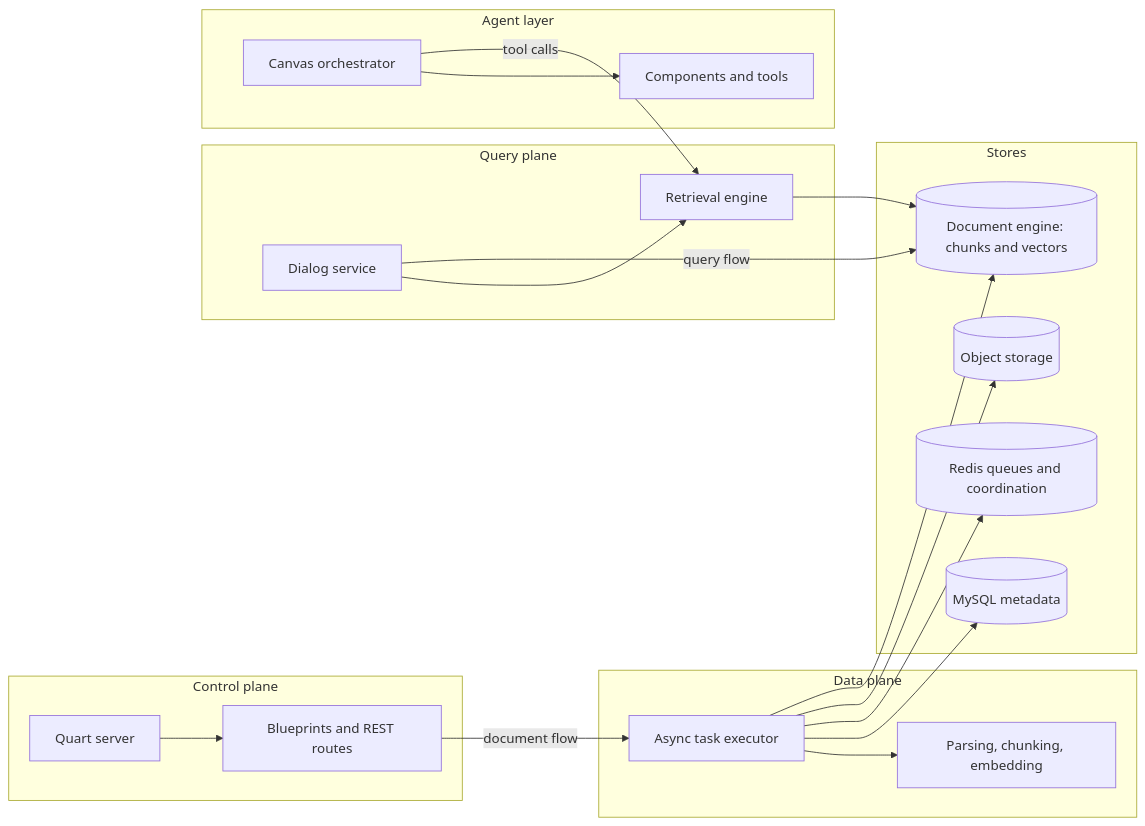
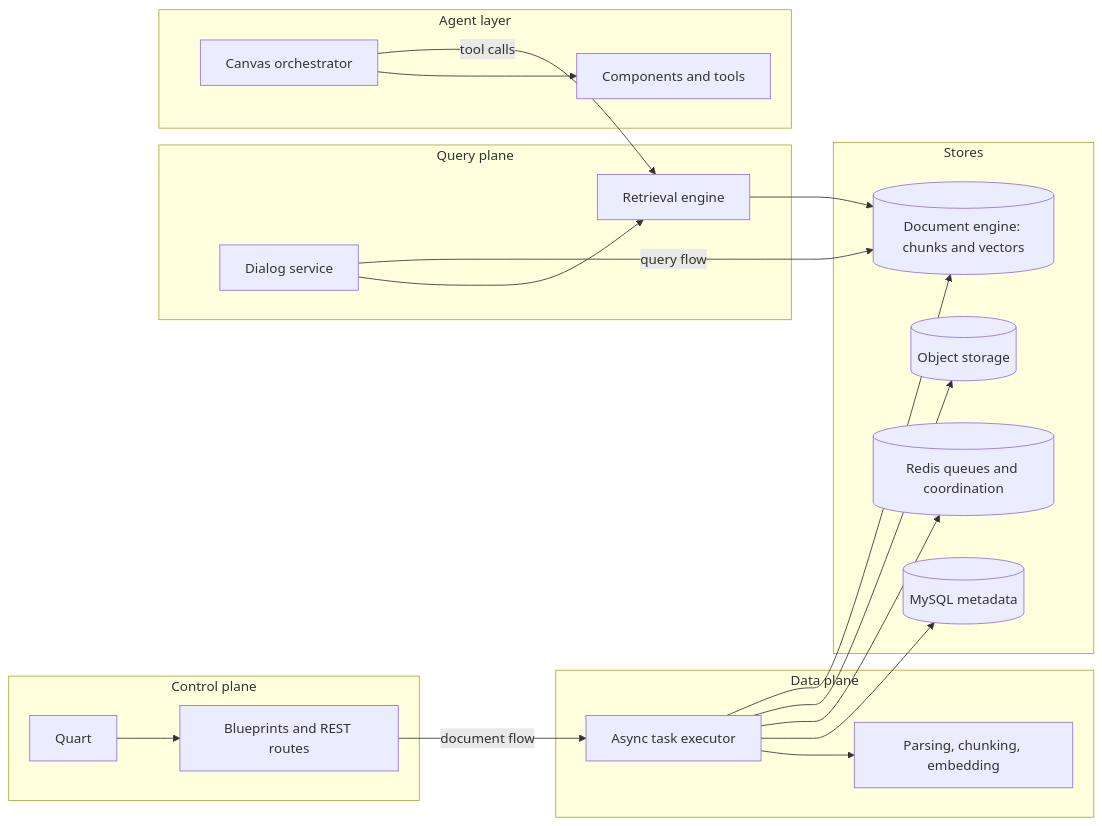
One commit to joels-sandgarden/ragflow-docs changed the diagram in 00-the-big-picture.md. Above: the diagram before and after it, drawn with Mermaid.

Commit message:
Documentation Update: Correct system map server label

````diff
--- a/00-the-big-picture.md
+++ b/00-the-big-picture.md
@@ -29,43 +29,43 @@
 ```mermaid
 flowchart LR
   subgraph Control["Control plane"]
-    HTTP["Quart server"]
+    HTTP["Quart"]
     API["Blueprints and REST routes"]
     HTTP --> API
   end
 
   subgraph Ingest["Data plane"]
     EXEC["Async task executor"]
     CHUNK["Parsing, chunking, embedding"]
     EXEC --> CHUNK
   end
 
   subgraph Query["Query plane"]
     DIALOG["Dialog service"]
     SEARCH["Retrieval engine"]
     DIALOG --> SEARCH
   end
 
   subgraph Agent["Agent layer"]
     CANVAS["Canvas orchestrator"]
     TOOLS["Components and tools"]
     CANVAS --> TOOLS
   end
 
   subgraph Stores["Stores"]
     MYSQL[(MySQL metadata)]
     REDIS[(Redis queues and coordination)]
     OBJ[(Object storage)]
     DOC[(Document engine: chunks and vectors)]
   end
 
   API -->|document flow| EXEC
   EXEC --> MYSQL
   EXEC --> REDIS
   EXEC --> OBJ
   EXEC --> DOC
 
   DIALOG -->|query flow| DOC
   CANVAS -->|tool calls| SEARCH
   SEARCH --> DOC
 ```
````
